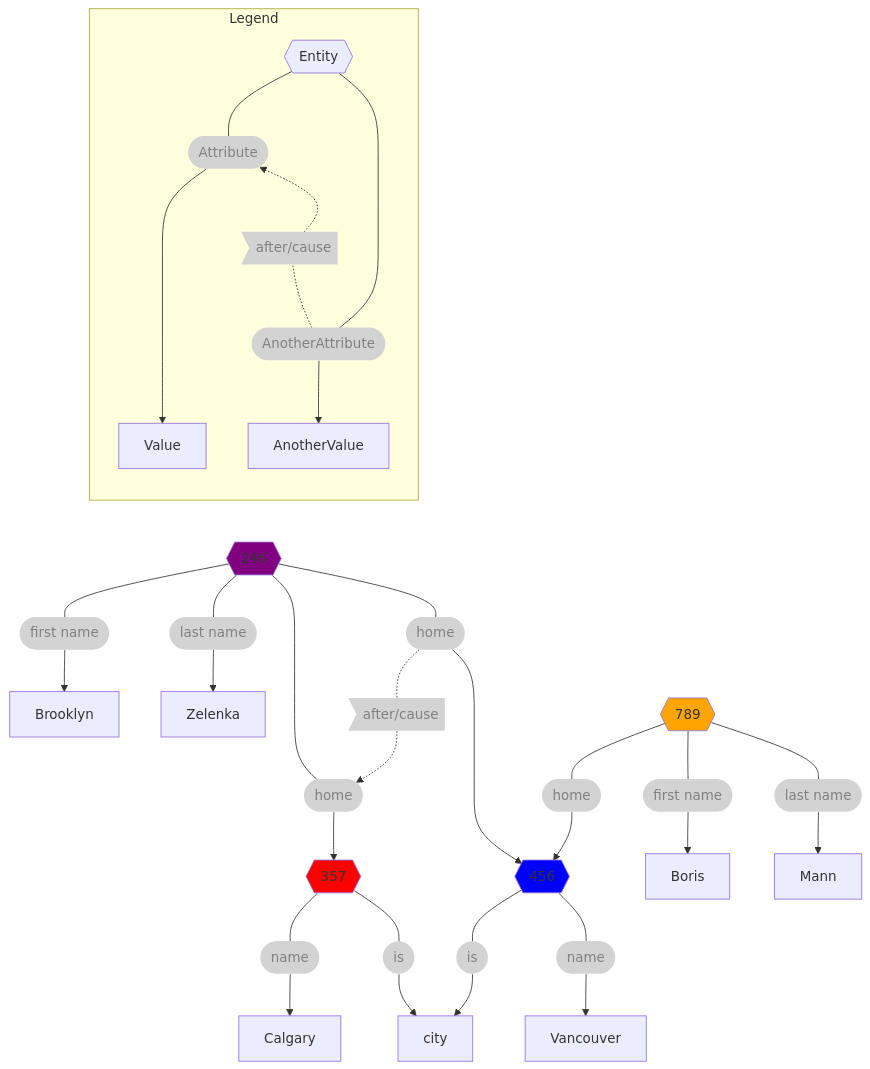
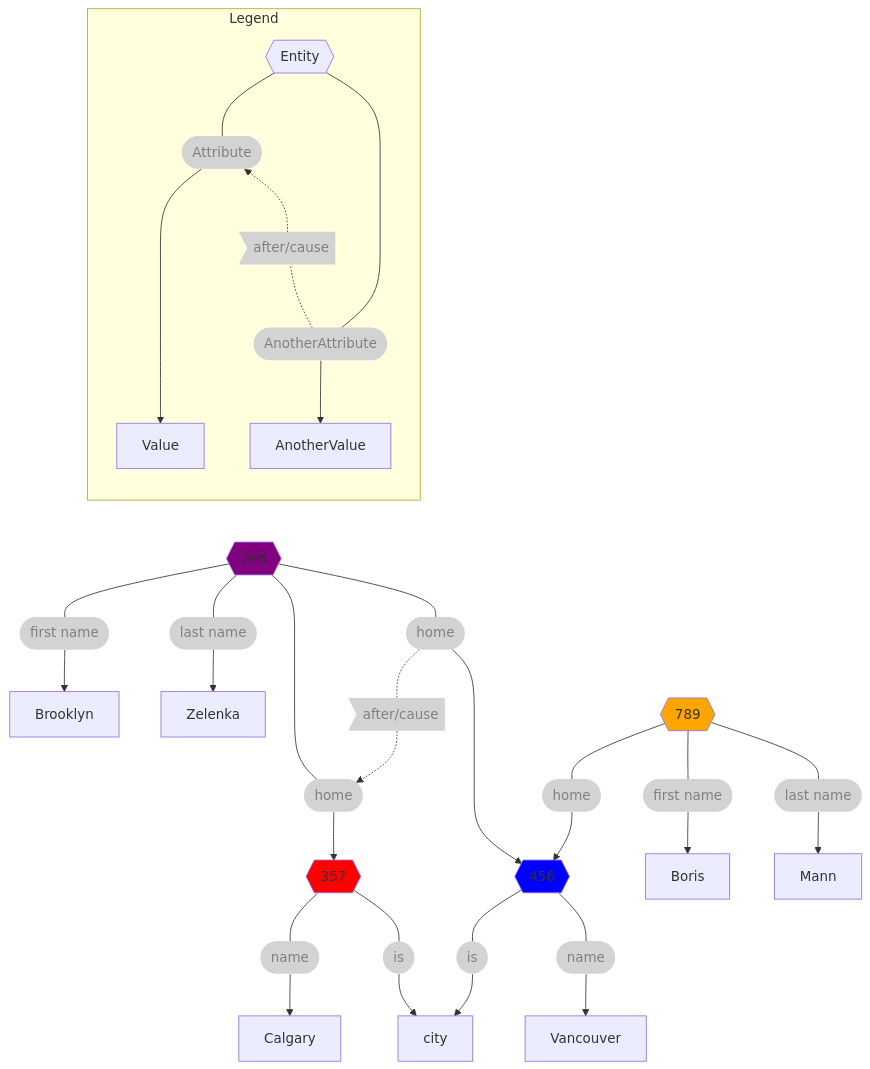
Before and after one commit to RhizomeDB/spec: the second of 2 diagrams in README.md, drawn with Mermaid.

Commit message:
Improve diagram

````diff
--- a/README.md
+++ b/README.md
@@ -323,42 +323,43 @@
 ``` mermaid
 flowchart TB
     subgraph Legend
       direction TB
 
       entity{{Entity}} --- att([Attribute]):::attr ----> Value
       
       %% Layout hack
       att ~~~ cause ~~~ att2
+      entity ~~~ cause
 
       att2 -.- cause>after/cause]:::attr -.-> att
       att2  --> AnotherValue
-      entity --- att2([AnotherAttribute]):::attr      
+      entity --- att2([AnotherAttribute]):::attr
     end
 
     Legend ~~~ entityBZ
 
     entityBZ{{246}} --- bzFN([first name]):::attr --> Brooklyn
     entityBZ --- bzLN([last name]):::attr --> Zelenka
 
     entityBZ --- bzOldCity([home]):::attr --> entityCgy
     entityBZ --- bzNewCity([home]):::attr --> entityVC
 
     bzNewCity -.- after>after/cause]:::attr .-> bzOldCity
 
     entityBM --- bmCity([home]):::attr --> entityVC
     entityBM{{789}} --- bmFN([first name]):::attr --> Boris
     entityBM --- bmLN([last name]):::attr --> Mann
 
     entityCgy --- calName([name]):::attr --> Calgary
     entityCgy{{357}} --- calIs([is]):::attr --> city
 
     entityVC{{456}} --- vcIs([is]):::attr --> city
     entityVC --- vcName([name]):::attr --> Vancouver
 
     style entityBM fill:orange
     style entityBZ fill:purple
     style entityVC fill:blue
     style entityCgy fill:red
 
     classDef attr fill:lightgrey,color:grey,stroke:none;
 ```
````
